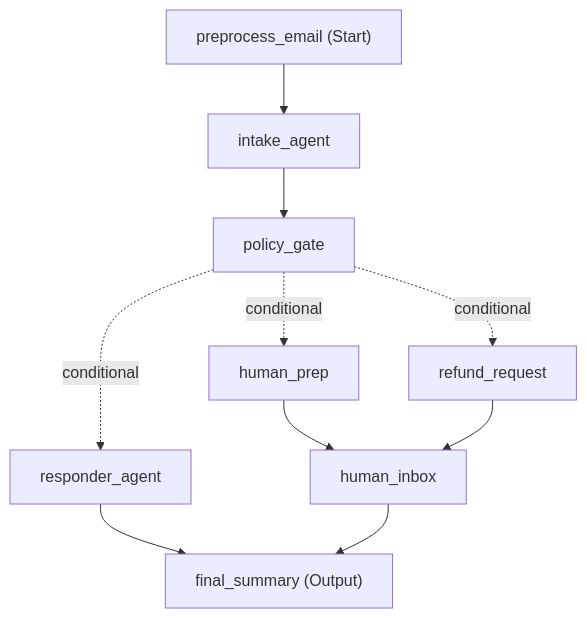
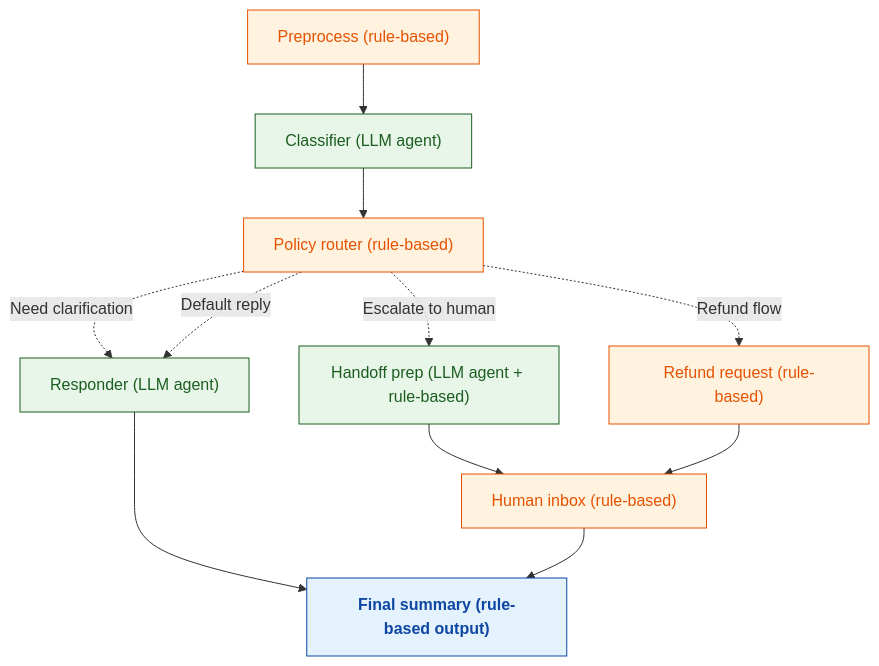
Before and after one commit to VenyaBrodetskiy/AgentFrameworkPlayground: the diagram in AgentFrameworkWorkflows/workflow.md, drawn with Mermaid. The commit also changed 3 other files, not shown here.

````diff
--- a/AgentFrameworkWorkflows/workflow.md
+++ b/AgentFrameworkWorkflows/workflow.md
@@ -1,21 +1,32 @@
 ```mermaid
 flowchart TD
-  preprocess_email["preprocess_email (Start)"]
-  intake_agent["intake_agent"]
-  policy_gate["policy_gate"]
-  human_prep["human_prep"]
-  human_inbox["human_inbox"]
-  responder_agent["responder_agent"]
-  refund_request["refund_request"]
-  final_summary["final_summary (Output)"]
+  preprocess_email["Preprocess (rule-based)"]
+  intake_agent["Classifier (LLM agent)"]
+  policy_gate["Policy router (rule-based)"]
+  responder_agent["Responder (LLM agent)"]
+  human_prep["Handoff prep (LLM agent + rule-based)"]
+  refund_request["Refund request (rule-based)"]
+  human_inbox["Human inbox (rule-based)"]
+  final_summary["Final summary (rule-based output)"]
 
   preprocess_email --> intake_agent
   intake_agent --> policy_gate
-  policy_gate -.->|conditional| human_prep
-  policy_gate -.->|conditional| responder_agent
-  policy_gate -.->|conditional| refund_request
+
+  policy_gate -.->|Escalate to human| human_prep
+  policy_gate -.->|Need clarification| responder_agent
+  policy_gate -.->|Refund flow| refund_request
+  policy_gate -.->|Default reply| responder_agent
+
   human_prep --> human_inbox
   refund_request --> human_inbox
   responder_agent --> final_summary
   human_inbox --> final_summary
+
+  classDef agent fill:#e8f5e9,stroke:#1b5e20,color:#1b5e20;
+  classDef rules fill:#fff3e0,stroke:#e65100,color:#e65100;
+  classDef output fill:#e3f2fd,stroke:#0d47a1,color:#0d47a1,font-weight:bold;
+
+  class intake_agent,responder_agent,human_prep agent;
+  class preprocess_email,policy_gate,refund_request,human_inbox rules;
+  class final_summary output;
 ```
````
